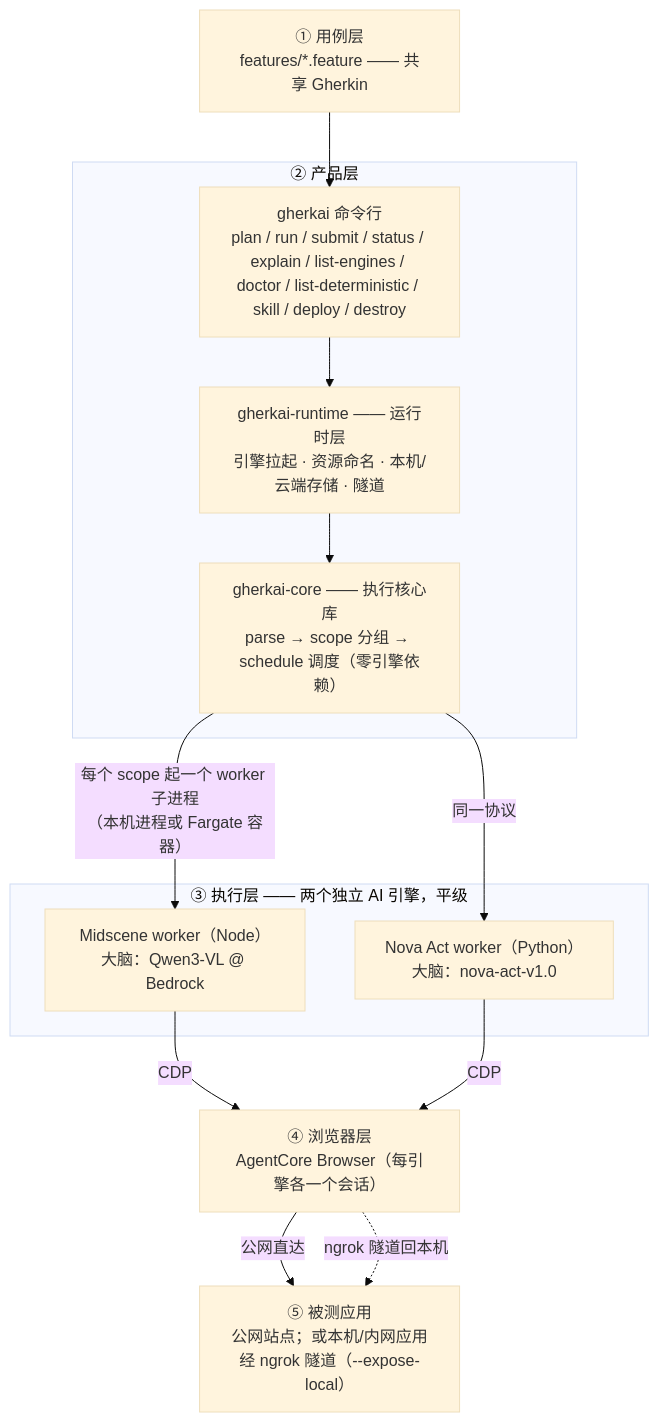
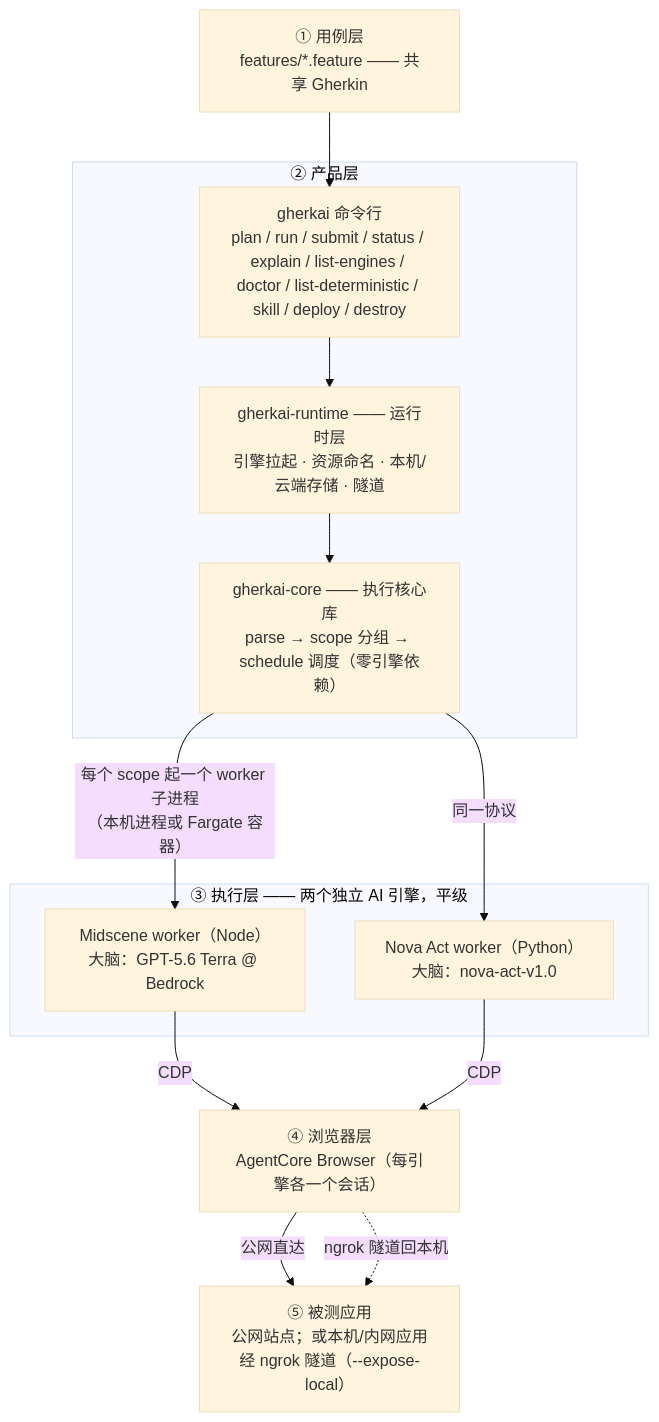
The diagram in README.md (zhiyanliu/gherkai), drawn with Mermaid (base theme) before and after one commit. The commit also changed other lines of this file and 8 other files, not shown here.

````diff
--- a/README.md
+++ b/README.md
@@ -27,27 +27,27 @@
 ```mermaid
 flowchart TD
     F["① 用例层<br/>features/*.feature —— 共享 Gherkin"]
 
     subgraph L2["② 产品层"]
         CLI["gherkai 命令行<br/>plan / run / submit / status / explain / list-engines / doctor / list-deterministic / skill / deploy / destroy"]
         G["gherkai-runtime —— 运行时层<br/>引擎拉起 · 资源命名 · 本机/云端存储 · 隧道"]
         C["gherkai-core —— 执行核心库<br/>parse → scope 分组 → schedule 调度（零引擎依赖）"]
         CLI --> G --> C
     end
 
     subgraph L3["③ 执行层 —— 两个独立 AI 引擎，平级"]
-        M["Midscene worker（Node）<br/>大脑：Qwen3-VL @ Bedrock"]
+        M["Midscene worker（Node）<br/>大脑：GPT-5.6 Terra @ Bedrock"]
         N["Nova Act worker（Python）<br/>大脑：nova-act-v1.0"]
     end
 
     B["④ 浏览器层<br/>AgentCore Browser（每引擎各一个会话）"]
     APP["⑤ 被测应用<br/>公网站点；或本机/内网应用经 ngrok 隧道（--expose-local）"]
 
     F --> CLI
     C -- "每个 scope 起一个 worker 子进程<br/>（本机进程或 Fargate 容器）" --> M
     C -- " 同一协议 " --> N
     M -- CDP --> B
     N -- CDP --> B
     B -- " 公网直达 " --> APP
     B -. "ngrok 隧道回本机" .-> APP
 ```
````
